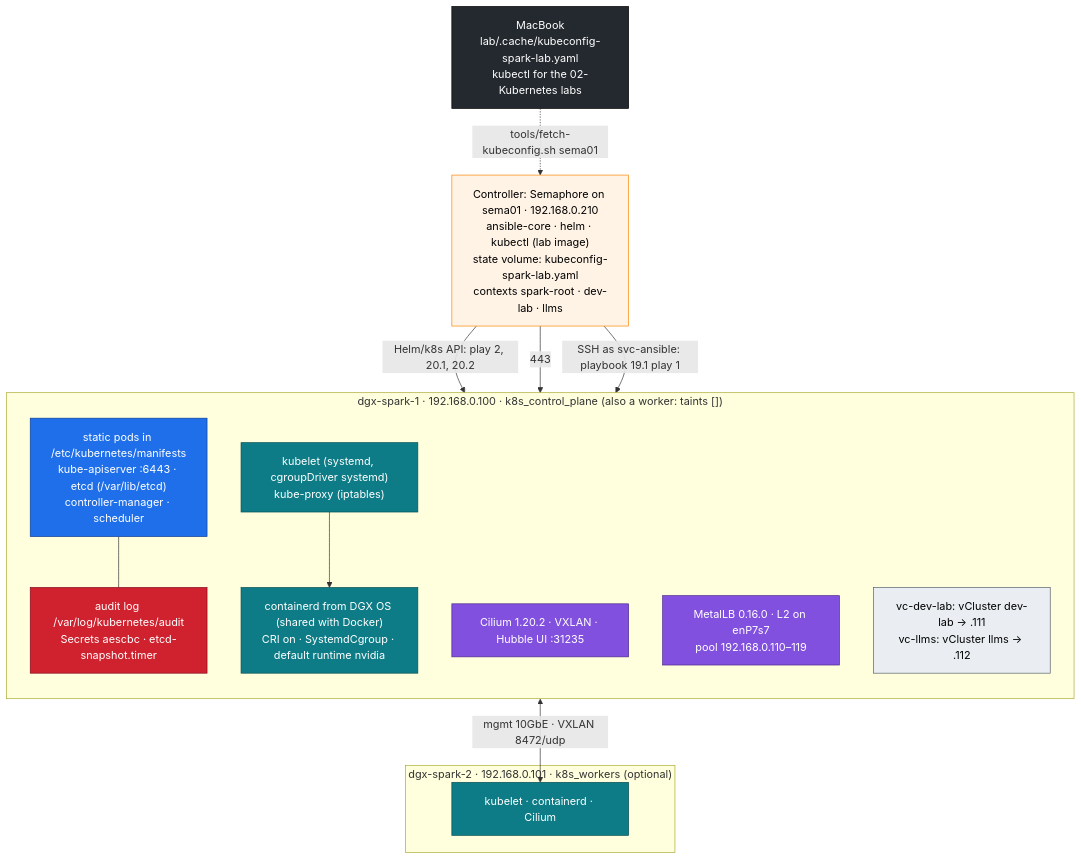
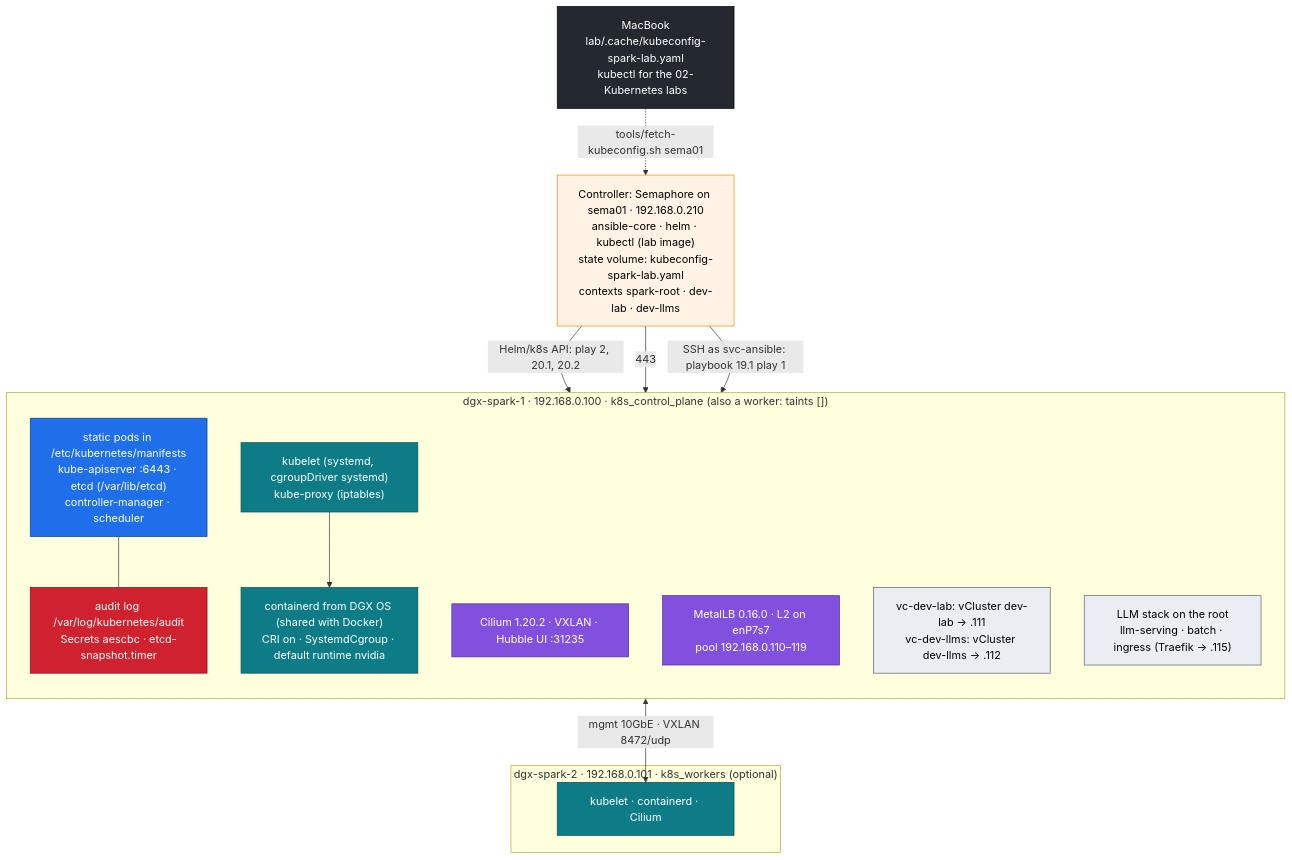
The diagram in 01-Ansible/19-kubernetes-kubeadm-root-cluster-and-vclusters.md (cloudone365/technical-depth), drawn with Mermaid before and after one commit. The commit also changed other lines of this file and 58 other files, not shown here.

First line of the commit message:
Docs: dev-llms sandbox vCluster, LLM stack on the root, shared ~90 GiB pool, headless DGX OS

````diff
--- a/01-Ansible/19-kubernetes-kubeadm-root-cluster-and-vclusters.md
+++ b/01-Ansible/19-kubernetes-kubeadm-root-cluster-and-vclusters.md
@@ -39,39 +39,40 @@
 ```mermaid
 flowchart TB
-  CTL["Controller: Semaphore on sema01 · 192.168.0.210<br/>ansible-core · helm · kubectl (lab image)<br/>state volume: kubeconfig-spark-lab.yaml<br/>contexts spark-root · dev-lab · llms"]
+  CTL["Controller: Semaphore on sema01 · 192.168.0.210<br/>ansible-core · helm · kubectl (lab image)<br/>state volume: kubeconfig-spark-lab.yaml<br/>contexts spark-root · dev-lab · dev-llms"]
   MAC["MacBook<br/>lab/.cache/kubeconfig-spark-lab.yaml<br/>kubectl for the 02-Kubernetes labs"]
   MAC -. "tools/fetch-kubeconfig.sh sema01" .-> CTL
   subgraph S1["dgx-spark-1 · 192.168.0.100 · k8s_control_plane (also a worker: taints [])"]
     direction TB
     CP["static pods in /etc/kubernetes/manifests<br/>kube-apiserver :6443 · etcd (/var/lib/etcd)<br/>controller-manager · scheduler"]
     SEC["audit log /var/log/kubernetes/audit<br/>Secrets aescbc · etcd-snapshot.timer"]
     KL["kubelet (systemd, cgroupDriver systemd)<br/>kube-proxy (iptables)"]
     CTD["containerd from DGX OS (shared with Docker)<br/>CRI on · SystemdCgroup · default runtime nvidia"]
     CIL["Cilium 1.20.2 · VXLAN · Hubble UI :31235"]
     MLB["MetalLB 0.16.0 · L2 on enP7s7<br/>pool 192.168.0.110–119"]
-    VC["vc-dev-lab: vCluster dev-lab → .111<br/>vc-llms: vCluster llms → .112"]
+    VC["vc-dev-lab: vCluster dev-lab → .111<br/>vc-dev-llms: vCluster dev-llms → .112"]
+    LLM["LLM stack on the root<br/>llm-serving · batch · ingress (Traefik → .115)"]
   end
   subgraph S2["dgx-spark-2 · 192.168.0.101 · k8s_workers (optional)"]
     KL2["kubelet · containerd · Cilium"]
   end
   CTL -->|"SSH as svc-ansible: playbook 19.1 play 1"| S1
   CTL -->|"Helm/k8s API: play 2, 20.1, 20.2"| CP
   CTL -->|"443"| VC
   CP --- SEC
   KL --> CTD
   CP <-->|"mgmt 10GbE · VXLAN 8472/udp"| KL2
   classDef ext fill:#24292f,stroke:#000,color:#fff
   classDef ctrl fill:#1f6feb,stroke:#0b3d91,color:#fff
   classDef node fill:#0e7c86,stroke:#064e54,color:#fff
   classDef net fill:#8250df,stroke:#4c2889,color:#fff
   classDef sec fill:#cf222e,stroke:#82071e,color:#fff
   classDef tenant fill:#eaeef2,stroke:#57606a,color:#000
   classDef mgmt fill:#fff3e6,stroke:#fb8500,color:#000
   class CTL mgmt
   class MAC ext
   class CP ctrl
   class KL,CTD,KL2 node
   class CIL,MLB net
   class SEC sec
-  class VC tenant
+  class VC,LLM tenant
 ```
````
